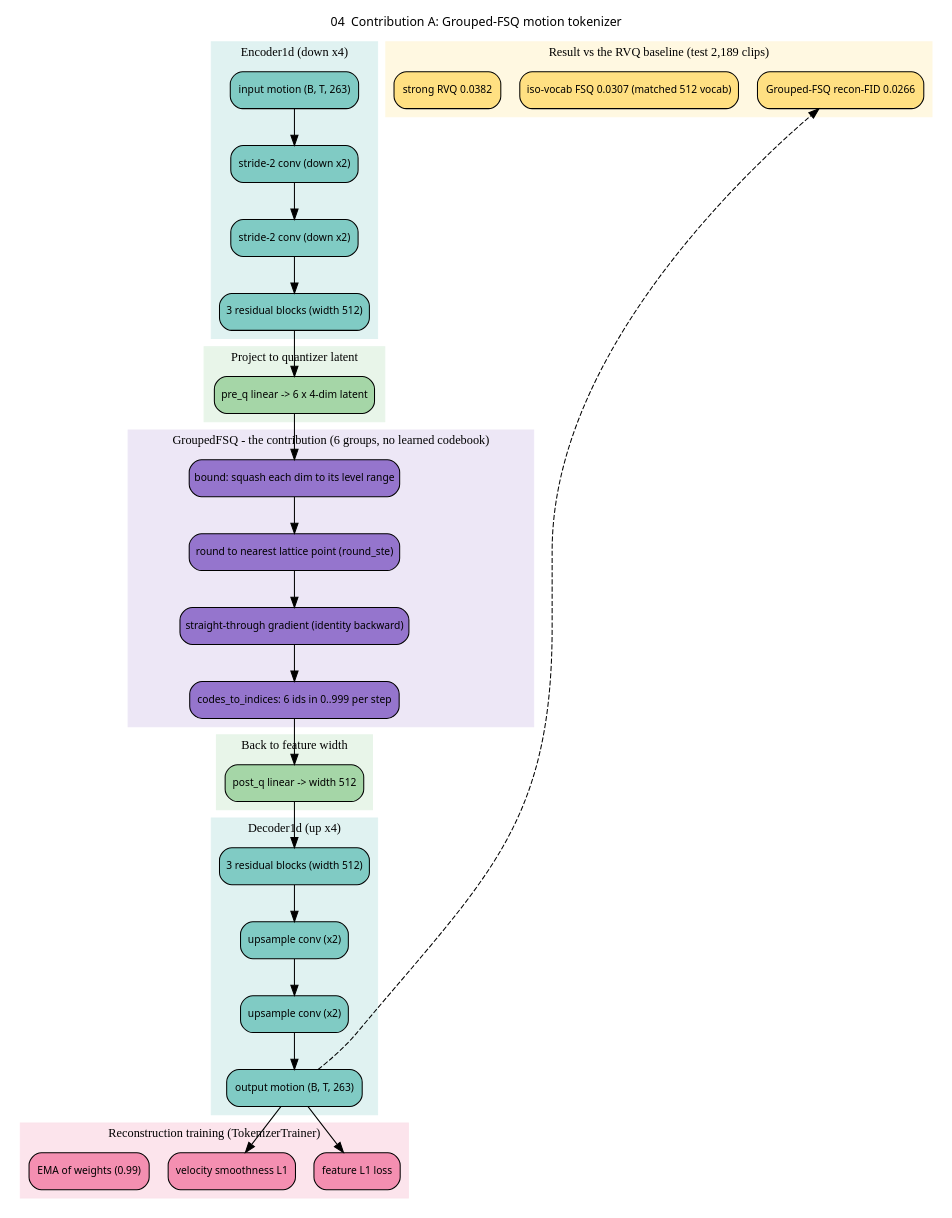
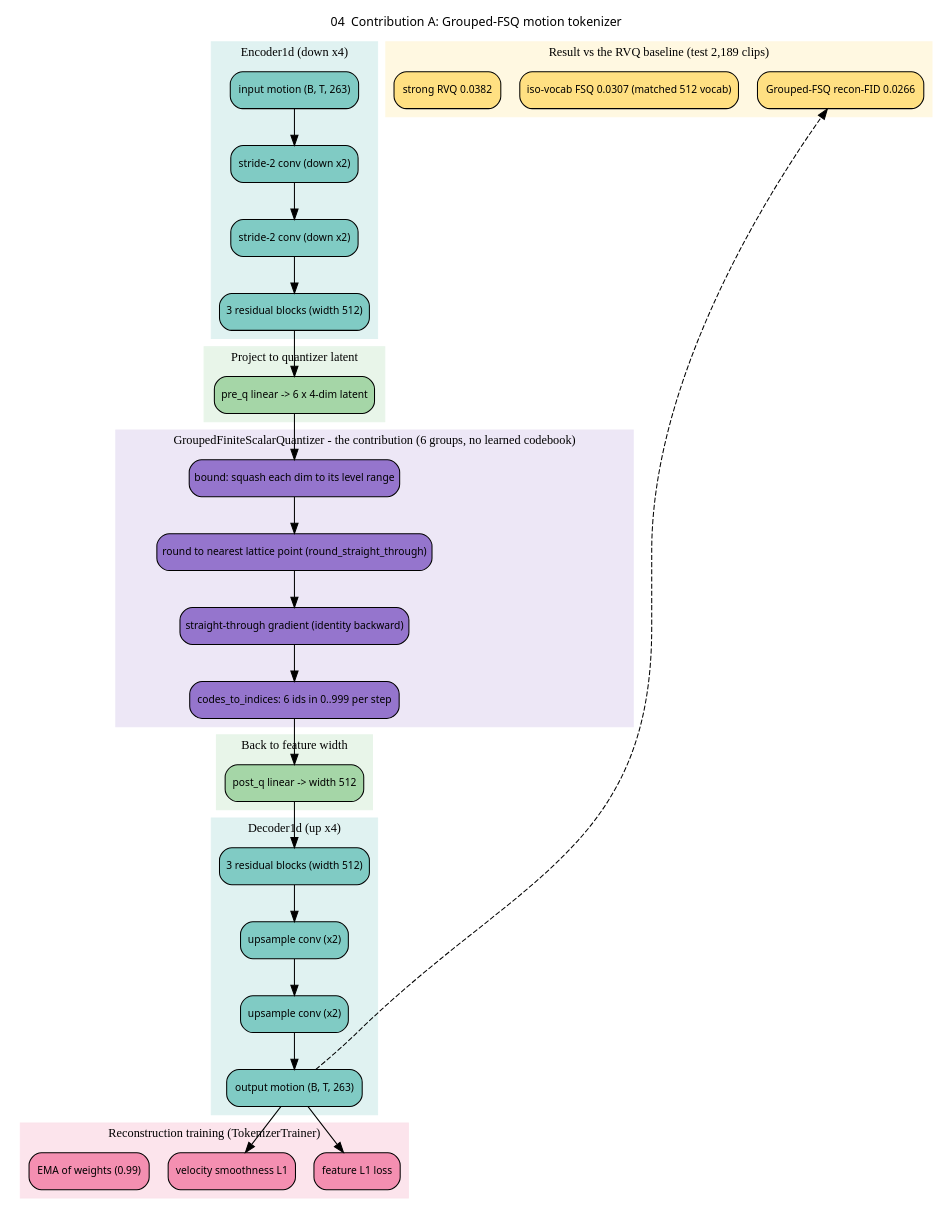
One commit to CatalinButacu/GenAI-Text2Motion changed the diagram in doc/notes/diagrams/tokenizer.dot. Above: the diagram before and after it, drawn with Graphviz. The commit also changed 10 other files, not shown here.

Commit message:
Rename the quantizer classes and methods to full names: Quantizer, QuantizerStack, VectorQuantizer, the grouped and residual stacks, quantizers, combine_code_vectors, active_stage_count, round_straight_through; remove the lookup copy of indices_to_codes

```diff
--- a/doc/notes/diagrams/tokenizer.dot
+++ b/doc/notes/diagrams/tokenizer.dot
@@ -1,71 +1,71 @@
 // 04 - CONTRIBUTION A: the Grouped-FSQ tokenizer (tokenizer.py). One node = one module/op.
 // Preview: Ctrl+Shift+P -> "Graphviz Interactive Preview: Preview Graphviz / Dot (beside)"
 digraph tokenizer {
     rankdir=TB;
     graph [fontname="Segoe UI", fontsize=12, labelloc="t", label="04  Contribution A: Grouped-FSQ motion tokenizer"];
     node  [shape=box, style="rounded,filled", fontname="Segoe UI", fontsize=10];
     edge  [fontname="Segoe UI", fontsize=9];
 
     subgraph cluster_enc {
         label="Encoder1d (down x4)";
         style=filled; color="#e0f2f1"; fontname="Segoe UI Semibold"; node [fillcolor="#80cbc4"];
         ein   [label="input motion (B, T, 263)"];
         conv1 [label="stride-2 conv (down x2)"];
         conv2 [label="stride-2 conv (down x2)"];
         res   [label="3 residual blocks (width 512)"];
         ein -> conv1 -> conv2 -> res;
     }
 
     subgraph cluster_preq {
         label="Project to quantizer latent";
         style=filled; color="#e8f5e9"; fontname="Segoe UI Semibold"; node [fillcolor="#a5d6a7"];
         preq [label="pre_q linear -> 6 x 4-dim latent"];
     }
 
     subgraph cluster_fsq {
-        label="GroupedFSQ - the contribution (6 groups, no learned codebook)";
+        label="GroupedFiniteScalarQuantizer - the contribution (6 groups, no learned codebook)";
         style=filled; color="#ede7f6"; fontname="Segoe UI Semibold"; node [fillcolor="#9575cd"];
         bound [label="bound: squash each dim to its level range"];
-        round [label="round to nearest lattice point (round_ste)"];
+        round [label="round to nearest lattice point (round_straight_through)"];
         ste   [label="straight-through gradient (identity backward)"];
         idx   [label="codes_to_indices: 6 ids in 0..999 per step"];
         bound -> round -> ste -> idx;
     }
 
     subgraph cluster_postq {
         label="Back to feature width";
         style=filled; color="#e8f5e9"; fontname="Segoe UI Semibold"; node [fillcolor="#a5d6a7"];
         postq [label="post_q linear -> width 512"];
     }
 
     subgraph cluster_dec {
         label="Decoder1d (up x4)";
         style=filled; color="#e0f2f1"; fontname="Segoe UI Semibold"; node [fillcolor="#80cbc4"];
         dres  [label="3 residual blocks (width 512)"];
         up1   [label="upsample conv (x2)"];
         up2   [label="upsample conv (x2)"];
         dout  [label="output motion (B, T, 263)"];
         dres -> up1 -> up2 -> dout;
     }
 
     subgraph cluster_loss {
         label="Reconstruction training (TokenizerTrainer)";
         style=filled; color="#fce4ec"; fontname="Segoe UI Semibold"; node [fillcolor="#f48fb1"];
         l1    [label="feature L1 loss"];
         smooth[label="velocity smoothness L1"];
         ema   [label="EMA of weights (0.99)"];
     }
 
     subgraph cluster_proof {
         label="Result vs the RVQ baseline (test 2,189 clips)";
         style=filled; color="#fff8e1"; fontname="Segoe UI Semibold"; node [fillcolor="#ffe082"];
         win   [label="Grouped-FSQ recon-FID 0.0266"];
         iso   [label="iso-vocab FSQ 0.0307 (matched 512 vocab)"];
         rvq   [label="strong RVQ 0.0382"];
     }
 
     res -> preq -> bound;
     idx -> postq -> dres;
     dout -> l1; dout -> smooth;
     dout -> win [style=dashed, constraint=false];
 }
```
